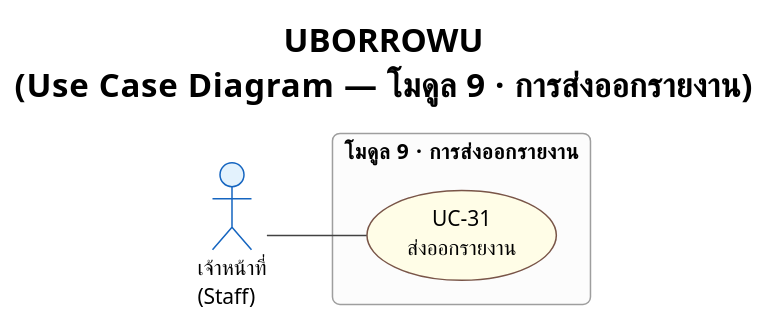
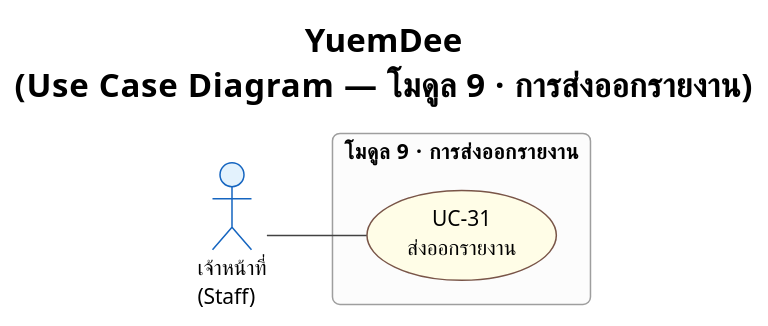
The diagram in proposal/usecase/usecase_module9.puml (patlnwza-007/project-2569), drawn with PlantUML before and after one commit. The commit also changed 22 other files, not shown here.

```diff
--- a/proposal/usecase/usecase_module9.puml
+++ b/proposal/usecase/usecase_module9.puml
@@ -2,33 +2,33 @@
 @startuml usecase_module9
 !theme plain
 skinparam defaultFontName TH Sarabun New
 skinparam defaultFontSize 14
 skinparam roundcorner 10
 
 skinparam usecase {
   BackgroundColor #FFFDE7
   BorderColor #795548
 }
 skinparam actor {
   BackgroundColor #E3F2FD
   BorderColor #1565C0
 }
 skinparam rectangle {
   BackgroundColor #FCFCFC
   BorderColor #9E9E9E
 }
 skinparam ArrowColor #424242
 
-title <b>UBORROWU</b>\n(Use Case Diagram — โมดูล 9 · การส่งออกรายงาน)
+title <b>YuemDee</b>\n(Use Case Diagram — โมดูล 9 · การส่งออกรายงาน)
 
 left to right direction
 
 actor "เจ้าหน้าที่\n(Staff)" as Staff
 
 rectangle "โมดูล 9 · การส่งออกรายงาน" {
   usecase "UC-31\nส่งออกรายงาน" as UC31
 }
 
 Staff -- UC31
 
 @enduml
```
